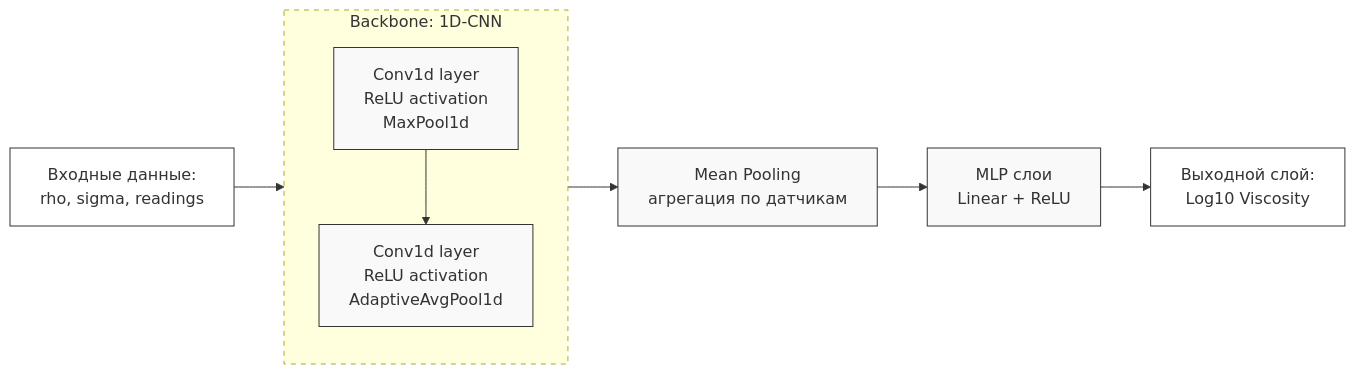
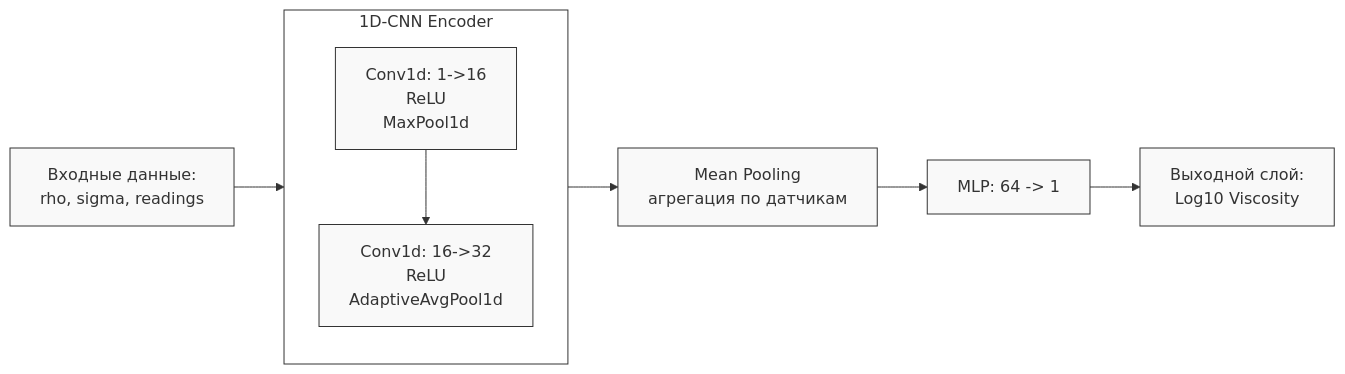
Before and after one commit to Stepaijio/goodagent: the diagram in ML_Variant2_Analysis.md, drawn with Mermaid. The commit also changed other lines of this file and 1 other file, not shown here.

Commit message:
Update ML analysis diagrams and detail encoder architectures

````diff
--- a/ML_Variant2_Analysis.md
+++ b/ML_Variant2_Analysis.md
@@ -9,24 +9,23 @@
 ```mermaid
 graph LR
-    Input[Входные данные:<br/>rho, sigma, readings] --> Backbone
-
-    subgraph Backbone [Backbone: 1D-CNN]
-        direction TB
-        C1[Conv1d layer<br/>ReLU activation<br/>MaxPool1d]
-        C2[Conv1d layer<br/>ReLU activation<br/>AdaptiveAvgPool1d]
+    Input[Входные данные:<br/>rho, sigma, readings] --> CNN[1D-CNN Encoder]
+    
+    subgraph CNN [1D-CNN Encoder]
+        C1[Conv1d: 1->16<br/>ReLU<br/>MaxPool1d]
+        C2[Conv1d: 16->32<br/>ReLU<br/>AdaptiveAvgPool1d]
         C1 --> C2
     end
 
-    Backbone --> Pool[Mean Pooling<br/>агрегация по датчикам]
-    Pool --> MLP[MLP слои<br/>Linear + ReLU]
+    CNN --> Pool[Mean Pooling<br/>агрегация по датчикам]
+    Pool --> MLP[MLP: 64 -> 1]
     MLP --> Output[Выходной слой:<br/>Log10 Viscosity]
 
     %% Стилизация
-    style Backbone stroke-dasharray: 5 5
-    style Input fill:#fff,stroke:#333
-    style Output fill:#fff,stroke:#333
+    style CNN fill:#fff,stroke:#333
+    style Input fill:#f9f9f9,stroke:#333
+    style Output fill:#f9f9f9,stroke:#333
     style C1 fill:#f9f9f9,stroke:#333
     style C2 fill:#f9f9f9,stroke:#333
     style Pool fill:#f9f9f9,stroke:#333
     style MLP fill:#f9f9f9,stroke:#333
 ```
````
